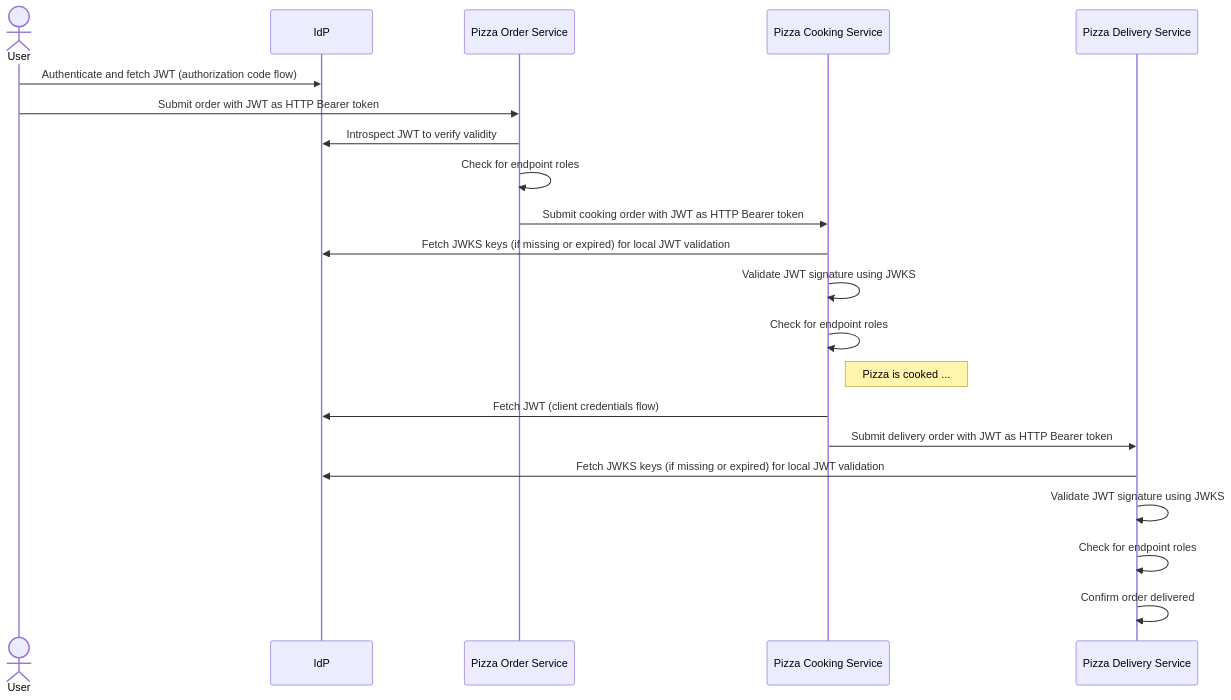
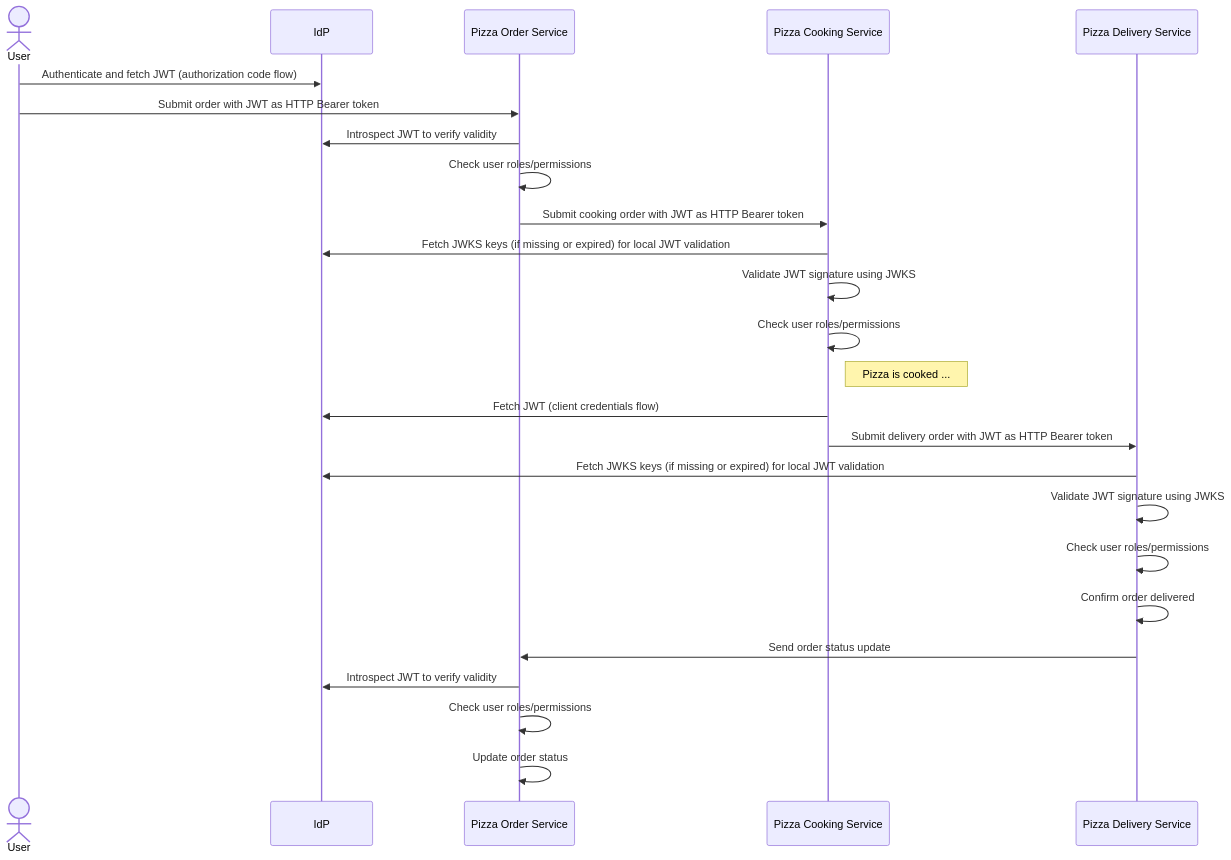
The diagram in README.md (ionutbalosin/java-application-security-practices), drawn with Mermaid before and after one commit. The commit also changed 2 other files, not shown here.

````diff
--- a/README.md
+++ b/README.md
@@ -90,21 +90,25 @@
 ```mermaid
 sequenceDiagram
 actor User
 User->>IdP: Authenticate and fetch JWT (authorization code flow)
 User->>Pizza Order Service: Submit order with JWT as HTTP Bearer token
 Pizza Order Service->>IdP: Introspect JWT to verify validity
-Pizza Order Service->>Pizza Order Service: Check for endpoint roles
+Pizza Order Service->>Pizza Order Service: Check user roles/permissions
 Pizza Order Service->>Pizza Cooking Service: Submit cooking order with JWT as HTTP Bearer token
 Pizza Cooking Service->>IdP: Fetch JWKS keys (if missing or expired) for local JWT validation
 Pizza Cooking Service->>Pizza Cooking Service: Validate JWT signature using JWKS
-Pizza Cooking Service->>Pizza Cooking Service: Check for endpoint roles
+Pizza Cooking Service->>Pizza Cooking Service: Check user roles/permissions
 
 Note right of Pizza Cooking Service: Pizza is cooked ...
 
 Pizza Cooking Service->>IdP: Fetch JWT (client credentials flow)
 Pizza Cooking Service->>Pizza Delivery Service: Submit delivery order with JWT as HTTP Bearer token
 Pizza Delivery Service->>IdP: Fetch JWKS keys (if missing or expired) for local JWT validation
 Pizza Delivery Service->>Pizza Delivery Service: Validate JWT signature using JWKS
-Pizza Delivery Service->>Pizza Delivery Service: Check for endpoint roles
+Pizza Delivery Service->>Pizza Delivery Service: Check user roles/permissions
 Pizza Delivery Service->>Pizza Delivery Service: Confirm order delivered
+Pizza Delivery Service->>Pizza Order Service: Send order status update
+Pizza Order Service->>IdP: Introspect JWT to verify validity
+Pizza Order Service->>Pizza Order Service: Check user roles/permissions
+Pizza Order Service->>Pizza Order Service: Update order status
 ```
````
